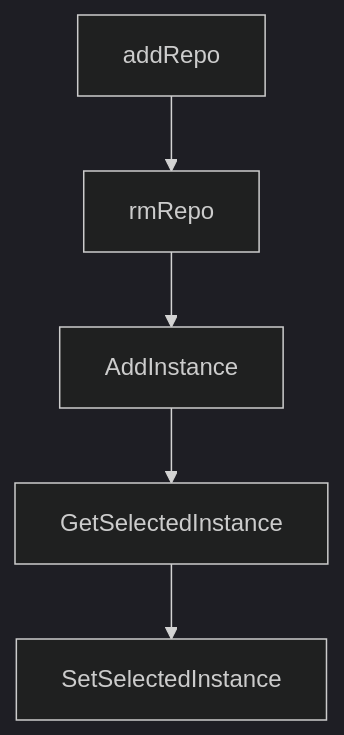
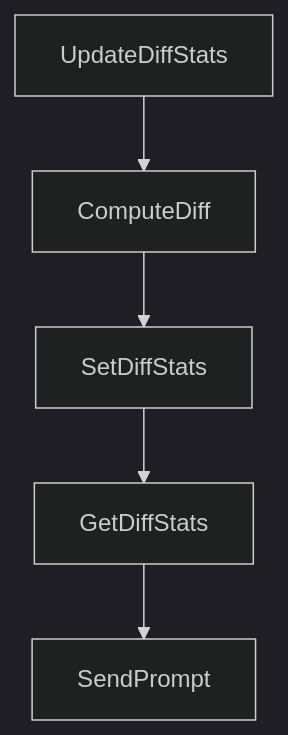
Before and after one commit to johnxie/awesome-code-docs: the diagram in tutorials/claude-squad-tutorial/03-session-lifecycle-and-task-parallelism.md, drawn with Mermaid (dark theme). The commit also changed other lines of this file and 1232 other files, not shown here.

````diff
--- a/tutorials/claude-squad-tutorial/03-session-lifecycle-and-task-parallelism.md
+++ b/tutorials/claude-squad-tutorial/03-session-lifecycle-and-task-parallelism.md
@@ -208,12 +206,12 @@
 ```mermaid
 flowchart TD
-    A[addRepo]
-    B[rmRepo]
-    C[AddInstance]
-    D[GetSelectedInstance]
-    E[SetSelectedInstance]
+    A[UpdateDiffStats]
+    B[ComputeDiff]
+    C[SetDiffStats]
+    D[GetDiffStats]
+    E[SendPrompt]
     A --> B
     B --> C
     C --> D
     D --> E
 ```
````
